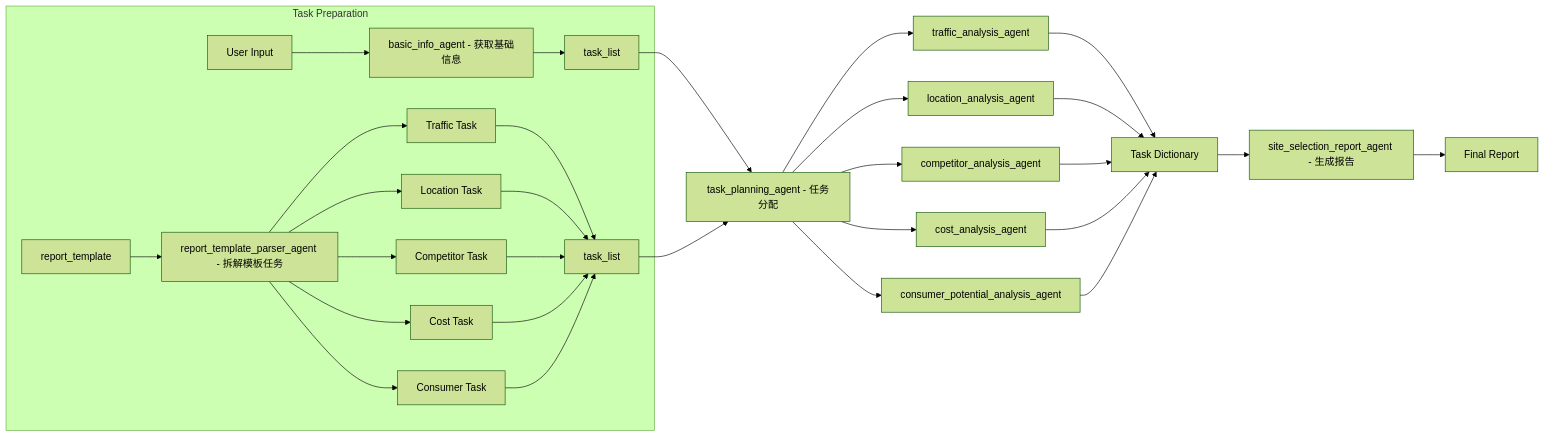
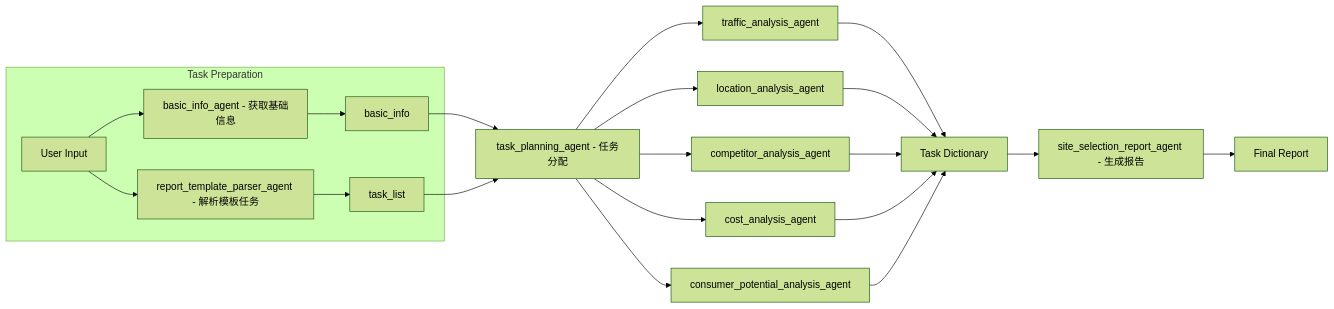
One commit to SLYASINLK/auto_report_generation changed the diagram in README.md. Above: the diagram before and after it, drawn with Mermaid (forest theme). The commit also changed other lines of this file, not shown here.

````diff
--- a/README.md
+++ b/README.md
@@ -12,38 +12,30 @@
 ```mermaid
 graph LR
 
     subgraph Task Preparation
-        A[User Input] --> B[basic_info_agent - 获取基础信息]
-        B --> C1[task_list]
+        A[User Input]
+        A --> B[basic_info_agent - 获取基础信息]
+        A --> D[report_template_parser_agent - 解析模板任务]
 
-        D1[report_template] --> D2[report_template_parser_agent - 拆解模板任务]
-        D2 --> E1[Traffic Task]
-        D2 --> E2[Location Task]
-        D2 --> E3[Competitor Task]
-        D2 --> E4[Cost Task]
-        D2 --> E5[Consumer Task]
-        E1 --> C2[task_list]
-        E2 --> C2
-        E3 --> C2
-        E4 --> C2
-        E5 --> C2
+        B --> F1[basic_info]
+        D --> F2[task_list]
     end
 
-    C1 --> F[task_planning_agent - 任务分配]
-    C2 --> F
+    F1 --> F[task_planning_agent - 任务分配]
+    F2 --> F
 
     F --> G1[traffic_analysis_agent]
     F --> G2[location_analysis_agent]
     F --> G3[competitor_analysis_agent]
     F --> G4[cost_analysis_agent]
     F --> G5[consumer_potential_analysis_agent]
 
     G1 --> T[Task Dictionary]
     G2 --> T
     G3 --> T
     G4 --> T
     G5 --> T
 
     T --> H[site_selection_report_agent - 生成报告]
     H --> I[Final Report]
 ```
````
